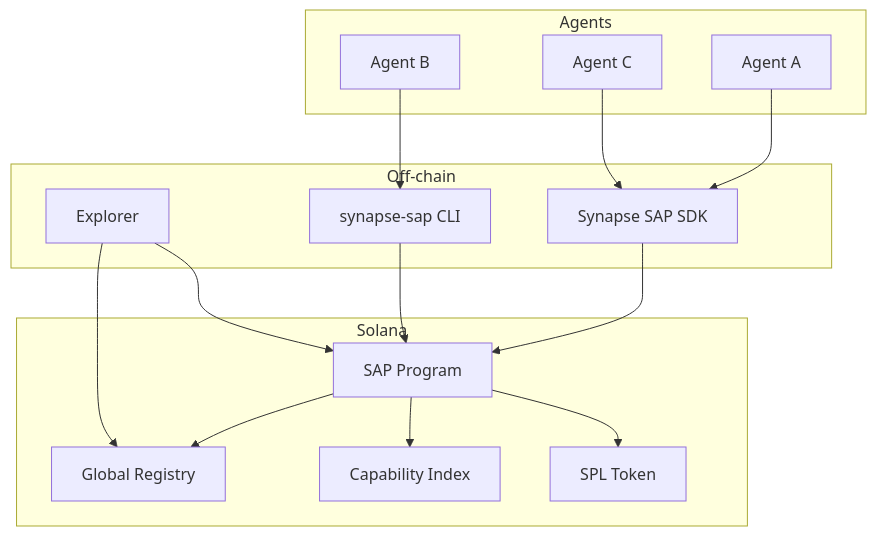
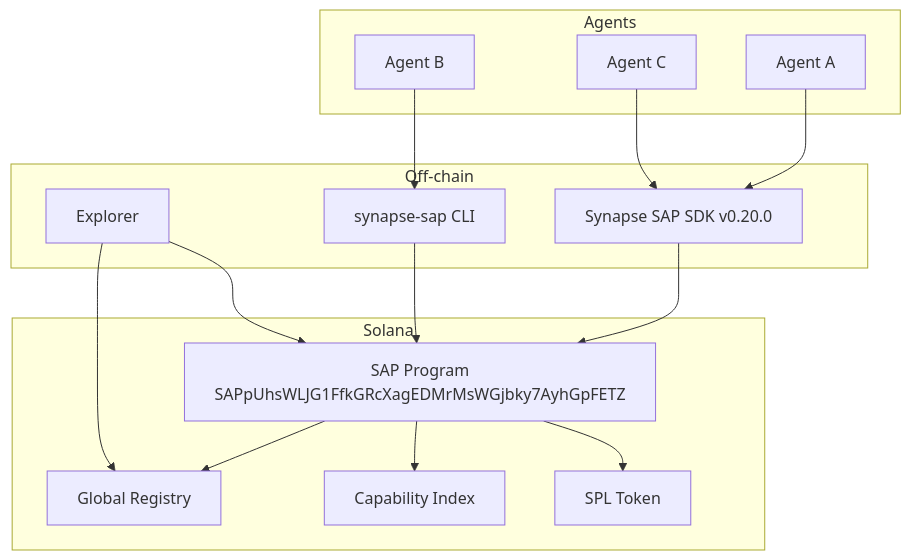
Before and after one commit to OOBE-PROTOCOL/synapse-sap-explorer: the seventh of 9 diagrams in docs/docs/core/diagrams.mdx, drawn with Mermaid. The commit also changed other lines of this file and 339 other files, not shown here.

````diff
--- a/docs/docs/core/diagrams.mdx
+++ b/docs/docs/core/diagrams.mdx
@@ -102,32 +143,32 @@
 ```mermaid
 graph TB
     subgraph Solana
-        SAP[SAP Program]
+        SAP[SAP Program<br/>SAPpUhsWLJG1FfkGRcXagEDMrMsWGjbky7AyhGpFETZ]
         REG[Global Registry]
         IDX[Capability Index]
         TOK[SPL Token]
     end
 
     subgraph Off-chain
-        SDK[Synapse SAP SDK]
+        SDK[Synapse SAP SDK v0.20.0]
         CLI[synapse-sap CLI]
         EXP[Explorer]
     end
 
     subgraph Agents
         A1[Agent A]
         A2[Agent B]
         A3[Agent C]
     end
 
     A1 --> SDK
     A2 --> CLI
     A3 --> SDK
     SDK --> SAP
     CLI --> SAP
     SAP --> REG
     SAP --> IDX
     SAP --> TOK
     EXP --> SAP
     EXP --> REG
 ```
````
